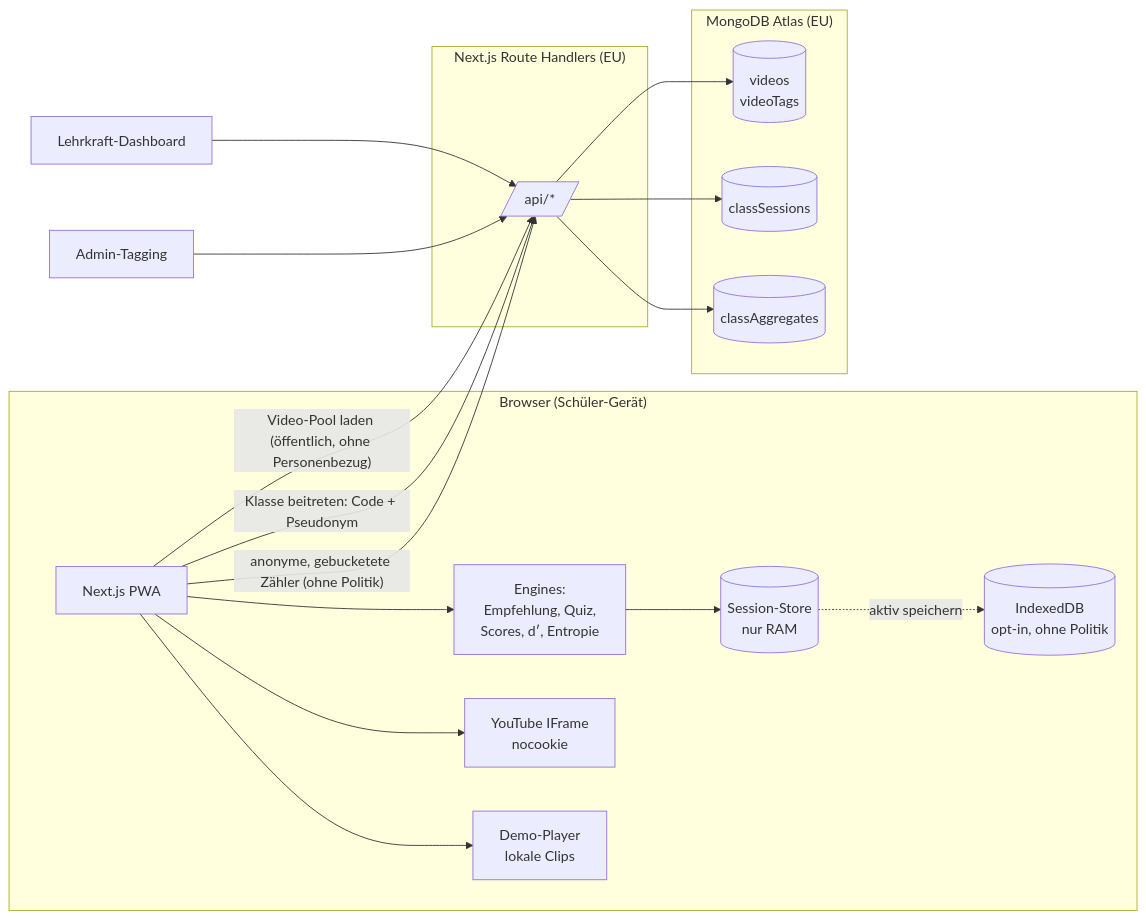
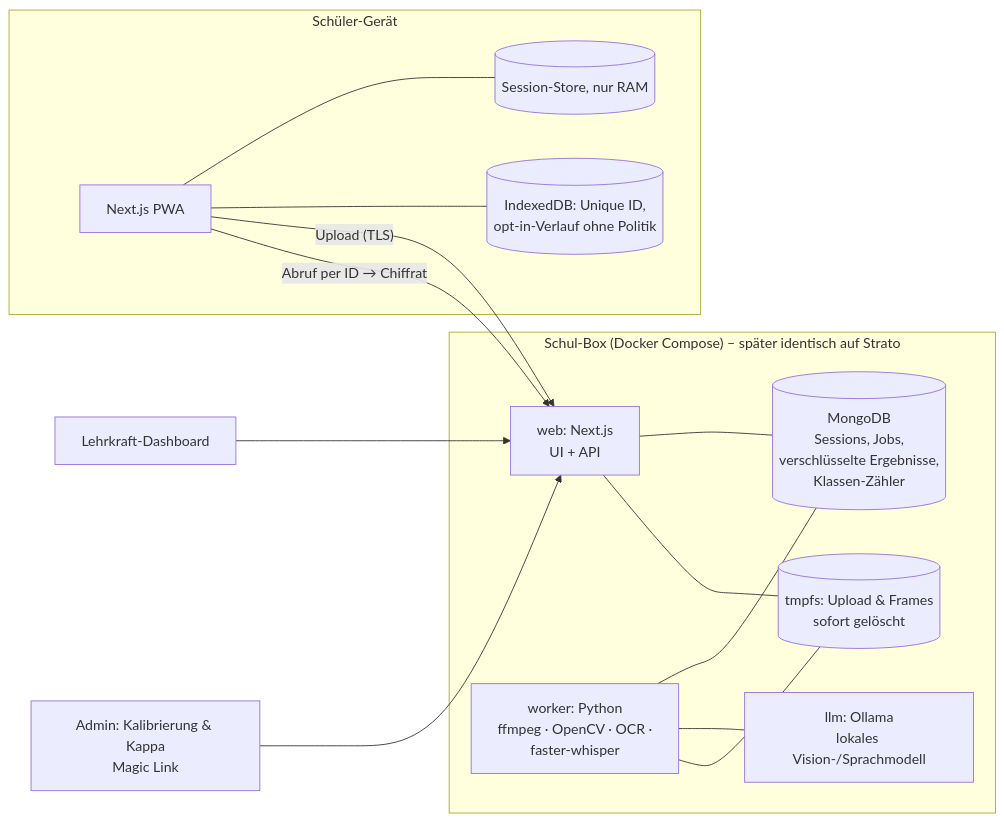
The second of 2 diagrams in docs/ARCHITEKTUR.md (Hilsji/data-safe), drawn with Mermaid before and after one commit. The commit also changed other lines of this file and 1 other file, not shown here.

First line of the commit message:
docs: Architekturplan v2 (TikTok + Bildschirmaufnahme, Schul-Box, E2E-verschlüsselte Ergebnisse); Arbeitspapier als Quelle

````diff
--- a/docs/ARCHITEKTUR.md
+++ b/docs/ARCHITEKTUR.md
@@ -41,29 +86,25 @@
 ```mermaid
 flowchart LR
-  subgraph Browser["Browser (Schüler-Gerät)"]
-    UI[Next.js PWA]
-    MEM[(Session-Store<br/>nur RAM)]
-    IDB[(IndexedDB<br/>opt-in, ohne Politik)]
-    ENG[Engines:<br/>Empfehlung, Quiz,<br/>Scores, d′, Entropie]
-    YT[YouTube IFrame<br/>nocookie]
-    DEMO[Demo-Player<br/>lokale Clips]
-    UI --> ENG --> MEM
-    MEM -. "aktiv speichern" .-> IDB
-    UI --> YT
-    UI --> DEMO
+  subgraph Geraet["Schüler-Gerät"]
+    PWA[Next.js PWA]
+    RAM[(Session-Store, nur RAM)]
+    IDB[(IndexedDB: Unique ID,<br/>opt-in-Verlauf ohne Politik)]
+    PWA --- RAM & IDB
   end
-  subgraph Server["Next.js Route Handlers (EU)"]
-    API[/api/*/]
+  subgraph Box["Schul-Box (Docker Compose) – später identisch auf Strato"]
+    WEB[web: Next.js<br/>UI + API]
+    Q[(MongoDB<br/>Sessions, Jobs,<br/>verschlüsselte Ergebnisse,<br/>Klassen-Zähler)]
+    W[worker: Python<br/>ffmpeg · OpenCV · OCR ·<br/>faster-whisper]
+    LLM[llm: Ollama<br/>lokales Vision-/Sprachmodell]
+    TMP[(tmpfs: Upload & Frames<br/>sofort gelöscht)]
+    WEB --- Q
+    W --- Q
+    W --- LLM
+    W --- TMP
+    WEB --- TMP
   end
-  subgraph DB["MongoDB Atlas (EU)"]
-    V[(videos<br/>videoTags)]
-    CS[(classSessions)]
-    AG[(classAggregates)]
-  end
-  UI -- "Video-Pool laden (öffentlich, ohne Personenbezug)" --> API
-  UI -- "Klasse beitreten: Code + Pseudonym" --> API
-  UI -- "anonyme, gebucketete Zähler (ohne Politik)" --> API
-  API --> V & CS & AG
-  T[Lehrkraft-Dashboard] --> API
-  A[Admin-Tagging] --> API
+  PWA -- "Upload (TLS)" --> WEB
+  PWA -- "Abruf per ID → Chiffrat" --> WEB
+  T[Lehrkraft-Dashboard] --> WEB
+  A[Admin: Kalibrierung & Kappa<br/>Magic Link] --> WEB
 ```
````
